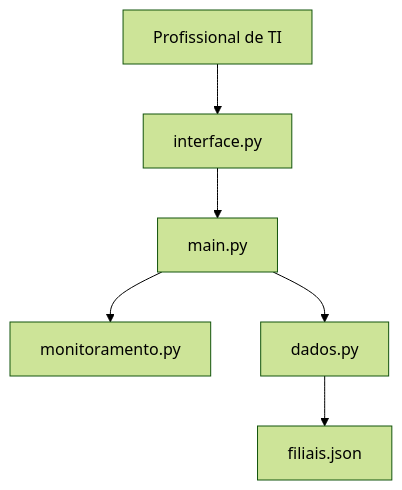
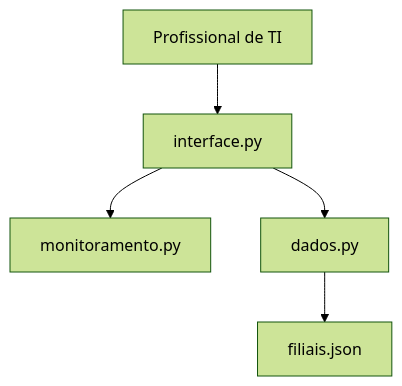
Before and after one commit to PedroKovatch/monitor-ping-conexao-local: the diagram in docs/arquitetura.md, drawn with Mermaid (forest theme). The commit also changed other lines of this file and 12 other files, not shown here.

Commit message:
Implementa interface de monitoramento e atualiza documentação

````diff
--- a/docs/arquitetura.md
+++ b/docs/arquitetura.md
@@ -37,8 +41,7 @@
 ```mermaid
 flowchart TD
     Usuario["Profissional de TI"] --> Interface["interface.py"]
-    Interface --> Principal["main.py"]
-    Principal --> Monitoramento["monitoramento.py"]
-    Principal --> Dados["dados.py"]
+    Interface --> Monitoramento["monitoramento.py"]
+    Interface --> Dados["dados.py"]
     Dados --> JSON["filiais.json"]
 ```
````
